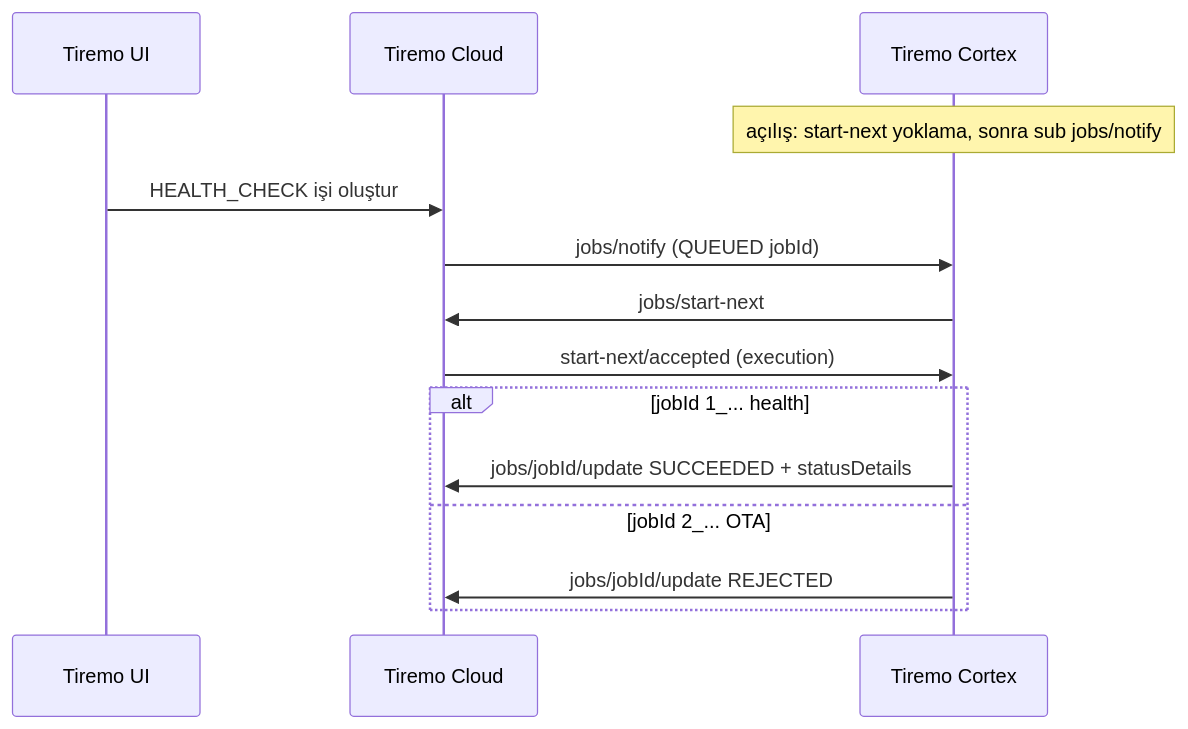
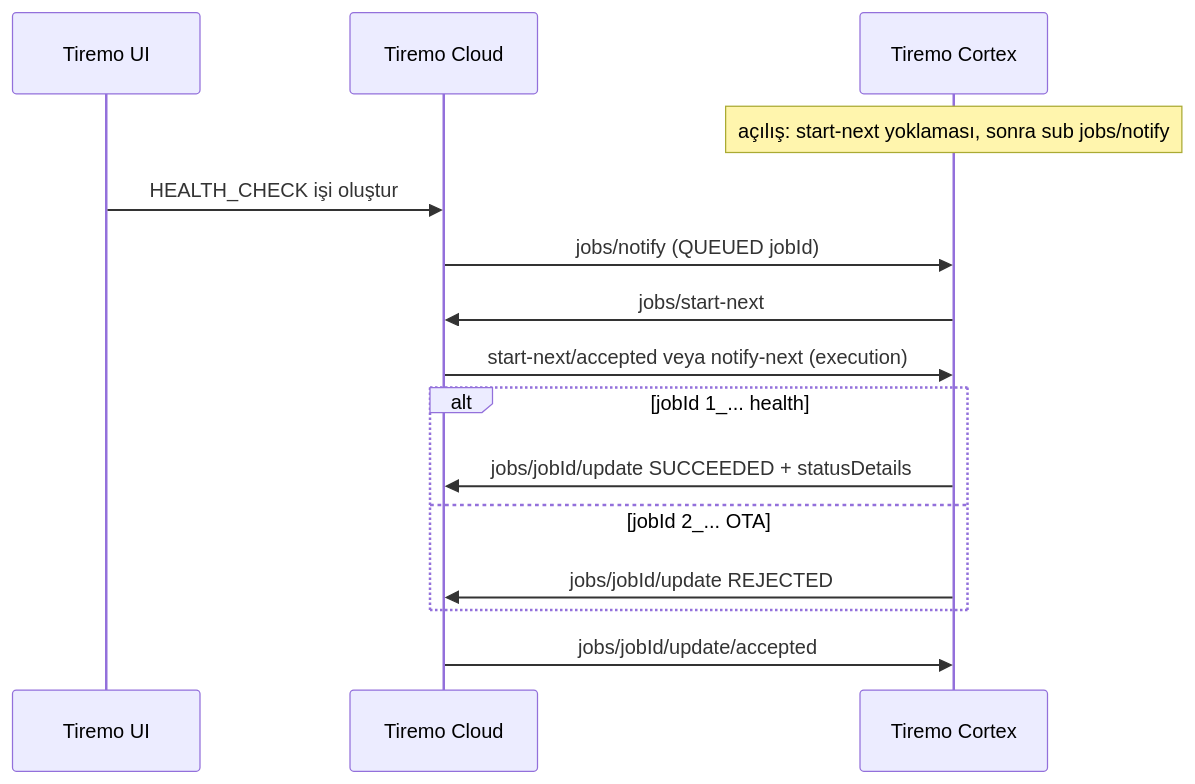
One commit to Empa-Electronics/Tiremo-Cortex-Tutorials changed the diagram in docs-tr/Tiremo_Cloud/Feature_Tutorials/07-Tiremo_Jobs/README.md. Above: the diagram before and after it, drawn with Mermaid. The commit also changed other lines of this file and 50 other files, not shown here.

````diff
--- a/docs-tr/Tiremo_Cloud/Feature_Tutorials/07-Tiremo_Jobs/README.md
+++ b/docs-tr/Tiremo_Cloud/Feature_Tutorials/07-Tiremo_Jobs/README.md
@@ -42,17 +45,18 @@
 ```mermaid
 sequenceDiagram
     participant UI as Tiremo UI
     participant Cloud as Tiremo Cloud
     participant Board as Tiremo Cortex
 
-    Note over Board: açılış: start-next yoklama, sonra sub jobs/notify
+    Note over Board: açılış: start-next yoklaması, sonra sub jobs/notify
     UI->>Cloud: HEALTH_CHECK işi oluştur
     Cloud->>Board: jobs/notify (QUEUED jobId)
     Board->>Cloud: jobs/start-next
-    Cloud->>Board: start-next/accepted (execution)
+    Cloud->>Board: start-next/accepted veya notify-next (execution)
     alt jobId 1_... health
         Board->>Cloud: jobs/jobId/update SUCCEEDED + statusDetails
     else jobId 2_... OTA
         Board->>Cloud: jobs/jobId/update REJECTED
     end
+    Cloud->>Board: jobs/jobId/update/accepted
 ```
````
